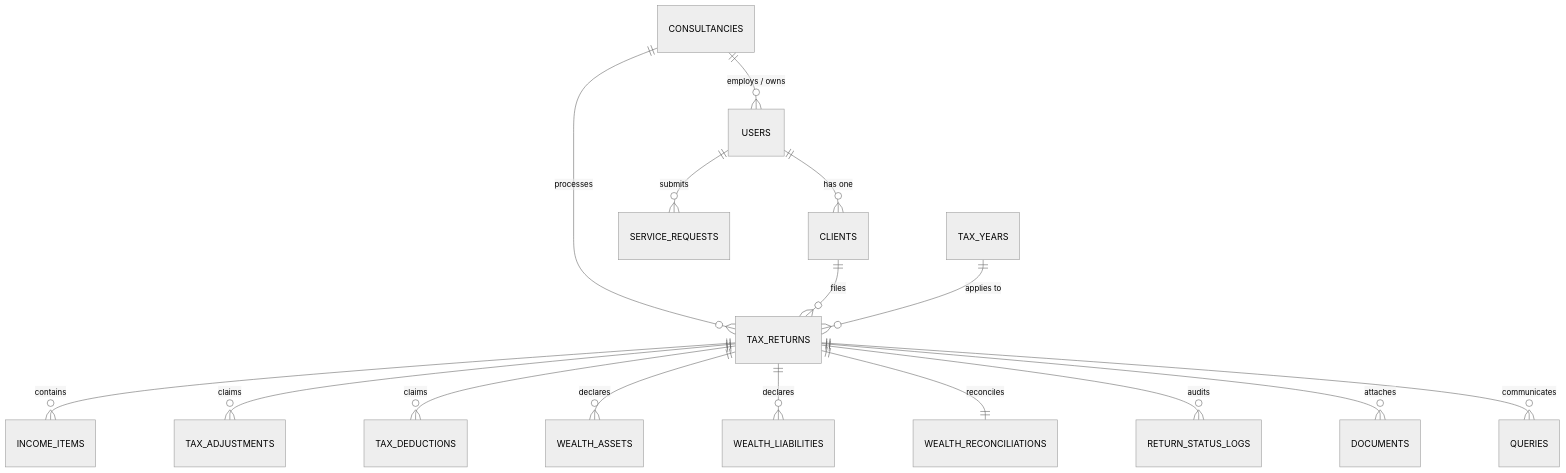
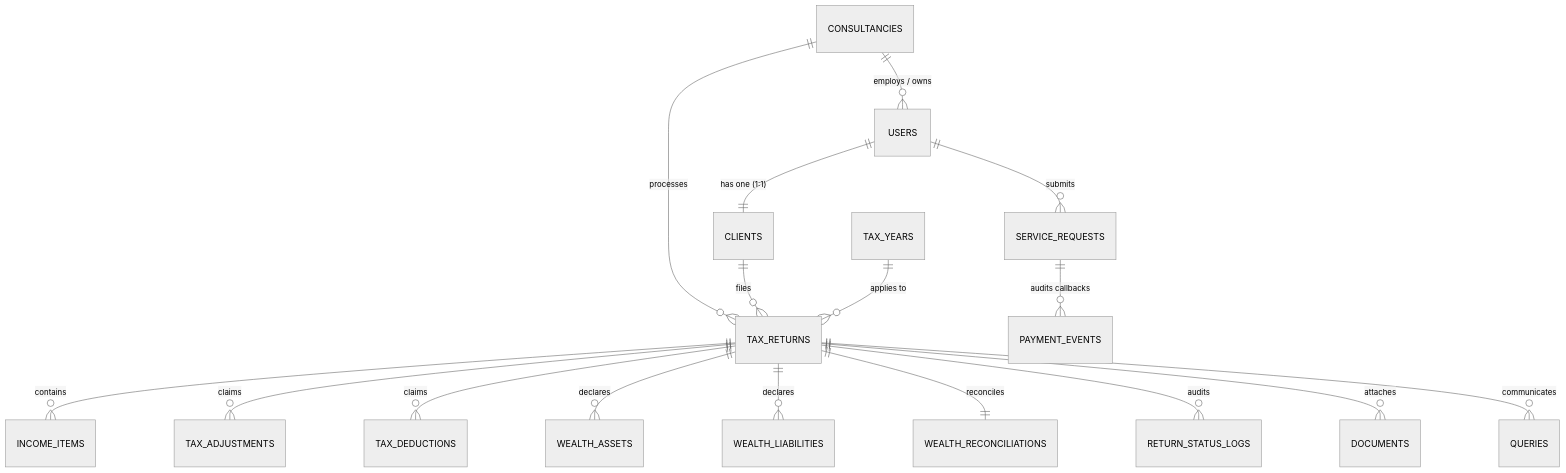
Before and after one commit to mouz313/Taxflilling: the second of 9 diagrams in APPLICATION_FLOW.md, drawn with Mermaid (neutral theme). The commit also changed other lines of this file and 14 other files, not shown here.

````diff
--- a/APPLICATION_FLOW.md
+++ b/APPLICATION_FLOW.md
@@ -91,19 +95,20 @@
 ```mermaid
 erDiagram
-    USERS ||--o{ CLIENTS : "has one"
+    USERS ||--|| CLIENTS : "has one (1:1)"
     USERS ||--o{ SERVICE_REQUESTS : "submits"
     CONSULTANCIES ||--o{ USERS : "employs / owns"
     CONSULTANCIES ||--o{ TAX_RETURNS : "processes"
     CLIENTS ||--o{ TAX_RETURNS : "files"
     TAX_YEARS ||--o{ TAX_RETURNS : "applies to"
 
     TAX_RETURNS ||--o{ INCOME_ITEMS : "contains"
     TAX_RETURNS ||--o{ TAX_ADJUSTMENTS : "claims"
     TAX_RETURNS ||--o{ TAX_DEDUCTIONS : "claims"
     TAX_RETURNS ||--o{ WEALTH_ASSETS : "declares"
     TAX_RETURNS ||--o{ WEALTH_LIABILITIES : "declares"
     TAX_RETURNS ||--|| WEALTH_RECONCILIATIONS : "reconciles"
     TAX_RETURNS ||--o{ RETURN_STATUS_LOGS : "audits"
     TAX_RETURNS ||--o{ DOCUMENTS : "attaches"
     TAX_RETURNS ||--o{ QUERIES : "communicates"
+    SERVICE_REQUESTS ||--o{ PAYMENT_EVENTS : "audits callbacks"
 ```
````
